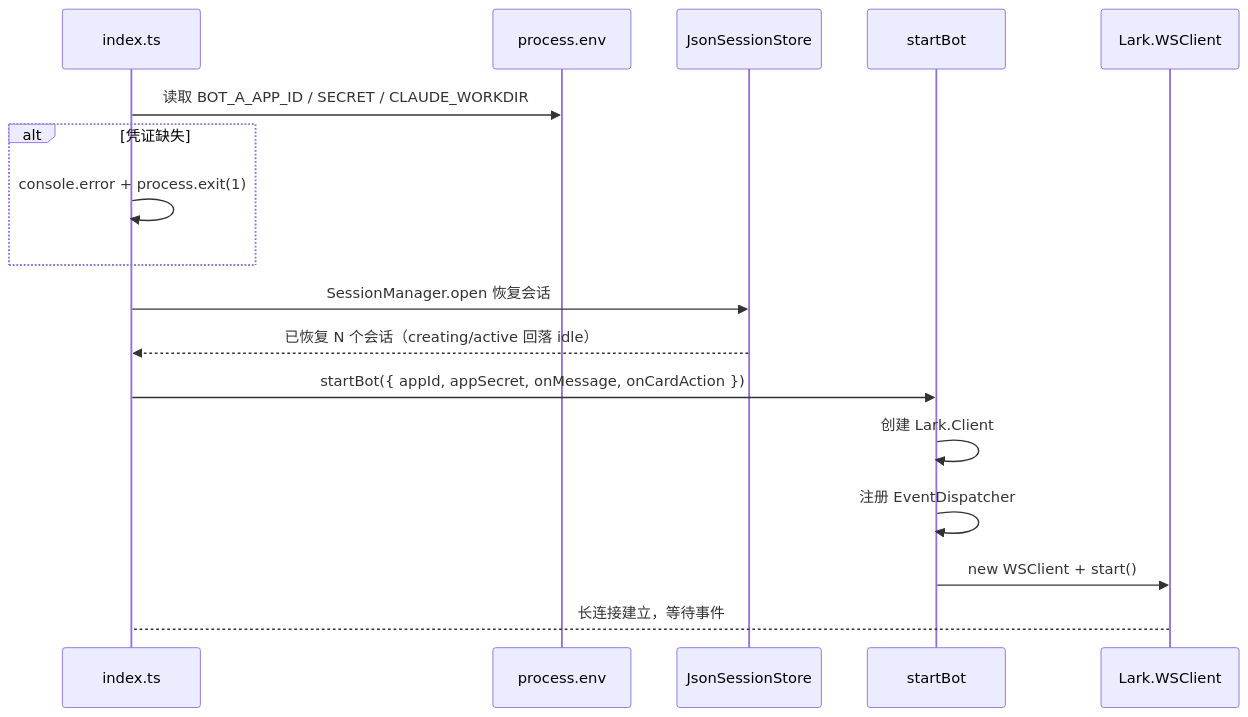
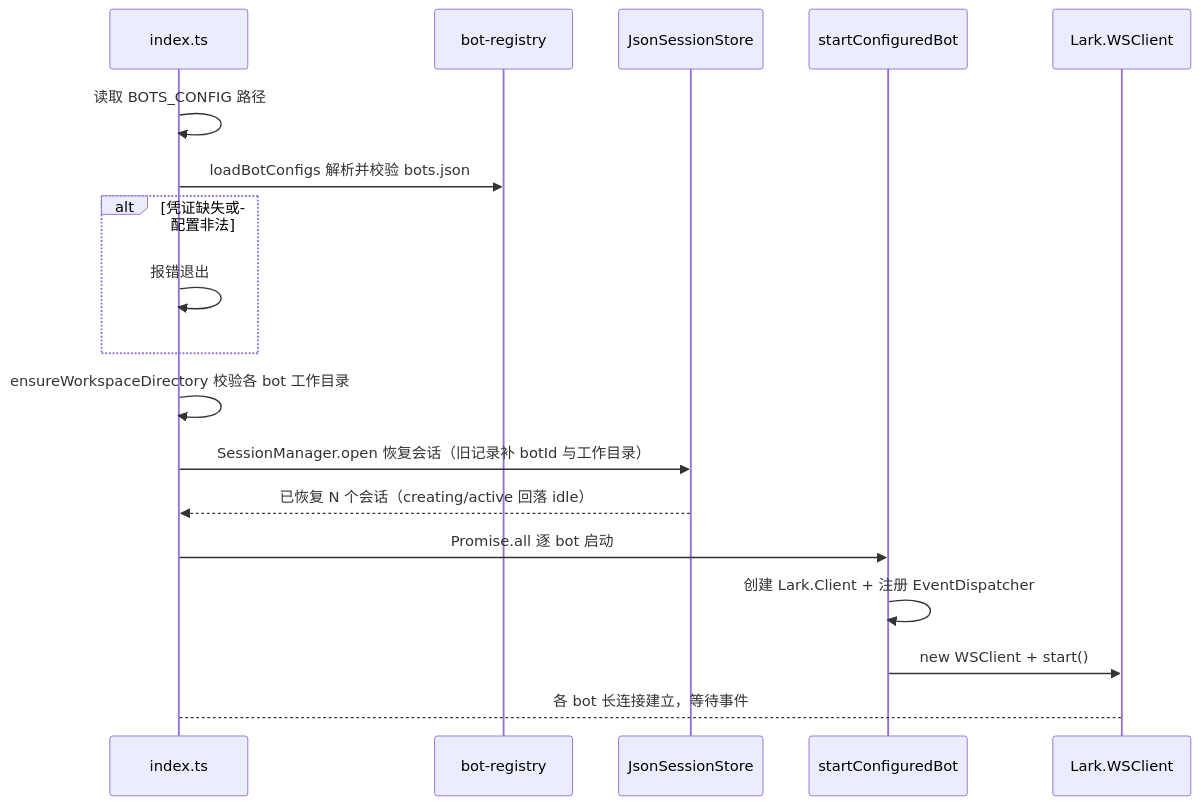
The second of 2 diagrams in openwiki/architecture/overview.md (CerrorJ/Agent-Team), drawn with Mermaid before and after one commit. The commit also changed other lines of this file and 9 other files, not shown here.

````diff
--- a/openwiki/architecture/overview.md
+++ b/openwiki/architecture/overview.md
@@ -112,20 +117,21 @@
 ```mermaid
 sequenceDiagram
     participant Entry as index.ts
-    participant Env as process.env
+    participant Reg as bot-registry
     participant Store as JsonSessionStore
-    participant Bot as startBot
+    participant Bot as startConfiguredBot
     participant WS as Lark.WSClient
 
-    Entry->>Env: 读取 BOT_A_APP_ID / SECRET / CLAUDE_WORKDIR
-    alt 凭证缺失
-        Entry->>Entry: console.error + process.exit(1)
+    Entry->>Entry: 读取 BOTS_CONFIG 路径
+    Entry->>Reg: loadBotConfigs 解析并校验 bots.json
+    alt 凭证缺失或配置非法
+        Entry->>Entry: 报错退出
     end
-    Entry->>Store: SessionManager.open 恢复会话
+    Entry->>Entry: ensureWorkspaceDirectory 校验各 bot 工作目录
+    Entry->>Store: SessionManager.open 恢复会话（旧记录补 botId 与工作目录）
     Store-->>Entry: 已恢复 N 个会话（creating/active 回落 idle）
-    Entry->>Bot: startBot({ appId, appSecret, onMessage, onCardAction })
-    Bot->>Bot: 创建 Lark.Client
-    Bot->>Bot: 注册 EventDispatcher
+    Entry->>Bot: Promise.all 逐 bot 启动
+    Bot->>Bot: 创建 Lark.Client + 注册 EventDispatcher
     Bot->>WS: new WSClient + start()
-    WS-->Entry: 长连接建立，等待事件
+    WS-->Entry: 各 bot 长连接建立，等待事件
 ```
````
